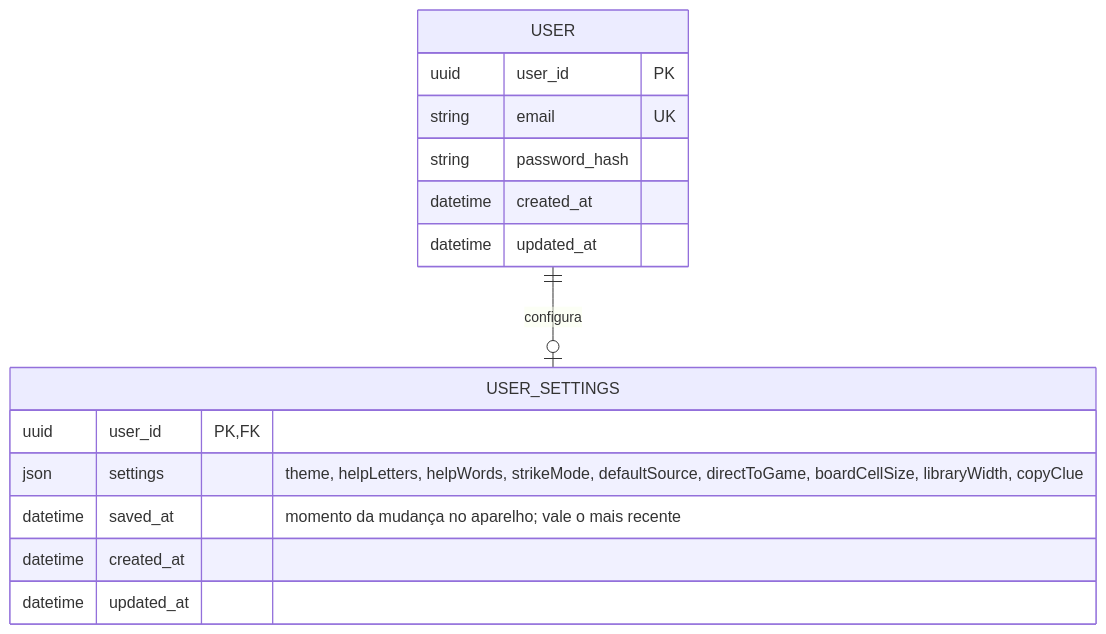
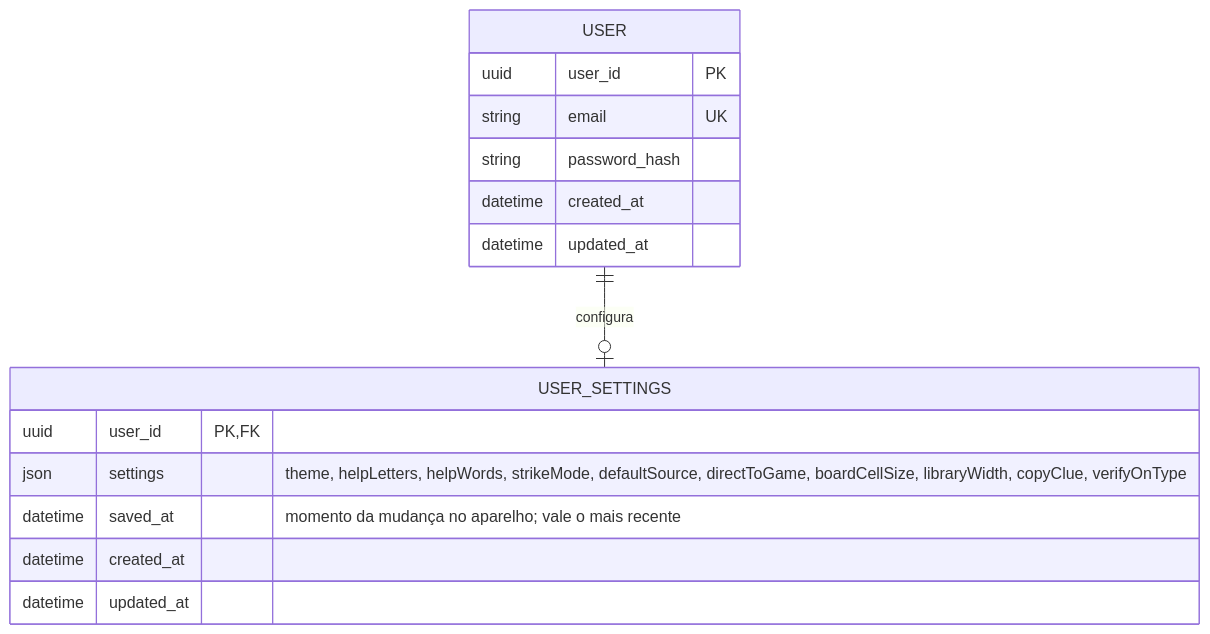
One commit to BrunoYTanaka/cruzadinha changed the diagram in docs/entity-relationship-diagrams/ERD-004-configuracoes-usuario.md. Above: the diagram before and after it, drawn with Mermaid. The commit also changed 5 other files, not shown here.

First line of the commit message:
feat(shared): add verifyOnType setting

````diff
--- a/docs/entity-relationship-diagrams/ERD-004-configuracoes-usuario.md
+++ b/docs/entity-relationship-diagrams/ERD-004-configuracoes-usuario.md
@@ -1,20 +1,20 @@
 ```mermaid
 erDiagram
     USER {
         uuid user_id PK
         string email UK
         string password_hash
         datetime created_at
         datetime updated_at
     }
 
     USER_SETTINGS {
         uuid user_id PK, FK
-        json settings "theme, helpLetters, helpWords, strikeMode, defaultSource, directToGame, boardCellSize, libraryWidth, copyClue"
+        json settings "theme, helpLetters, helpWords, strikeMode, defaultSource, directToGame, boardCellSize, libraryWidth, copyClue, verifyOnType"
         datetime saved_at "momento da mudança no aparelho; vale o mais recente"
         datetime created_at
         datetime updated_at
     }
 
     USER ||--o| USER_SETTINGS : "configura"
 ```
````
